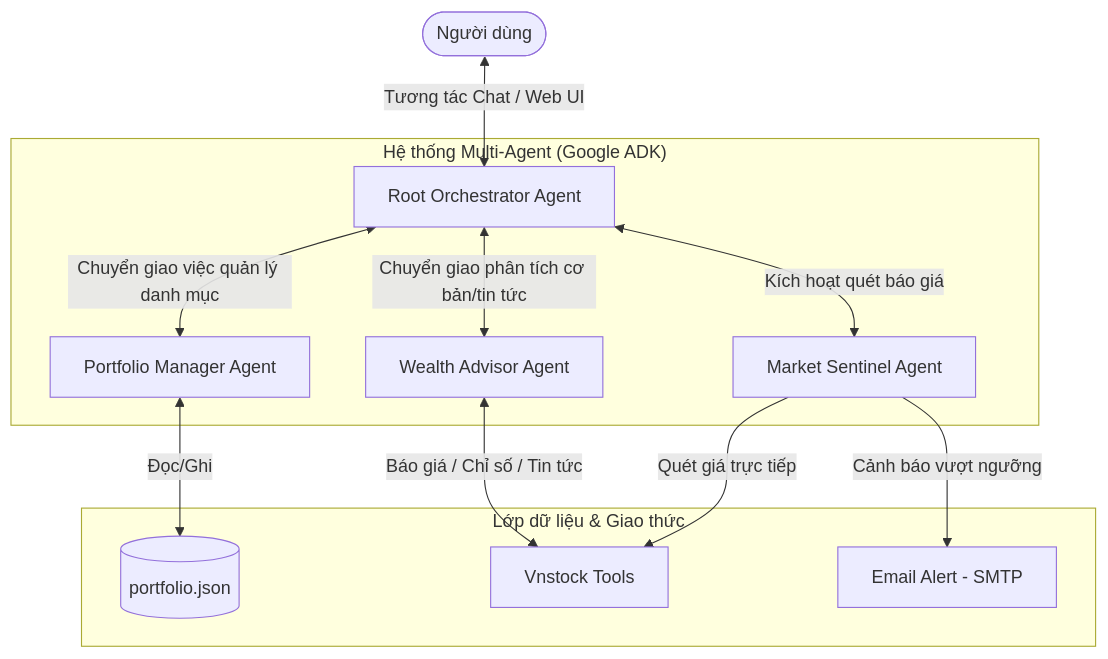
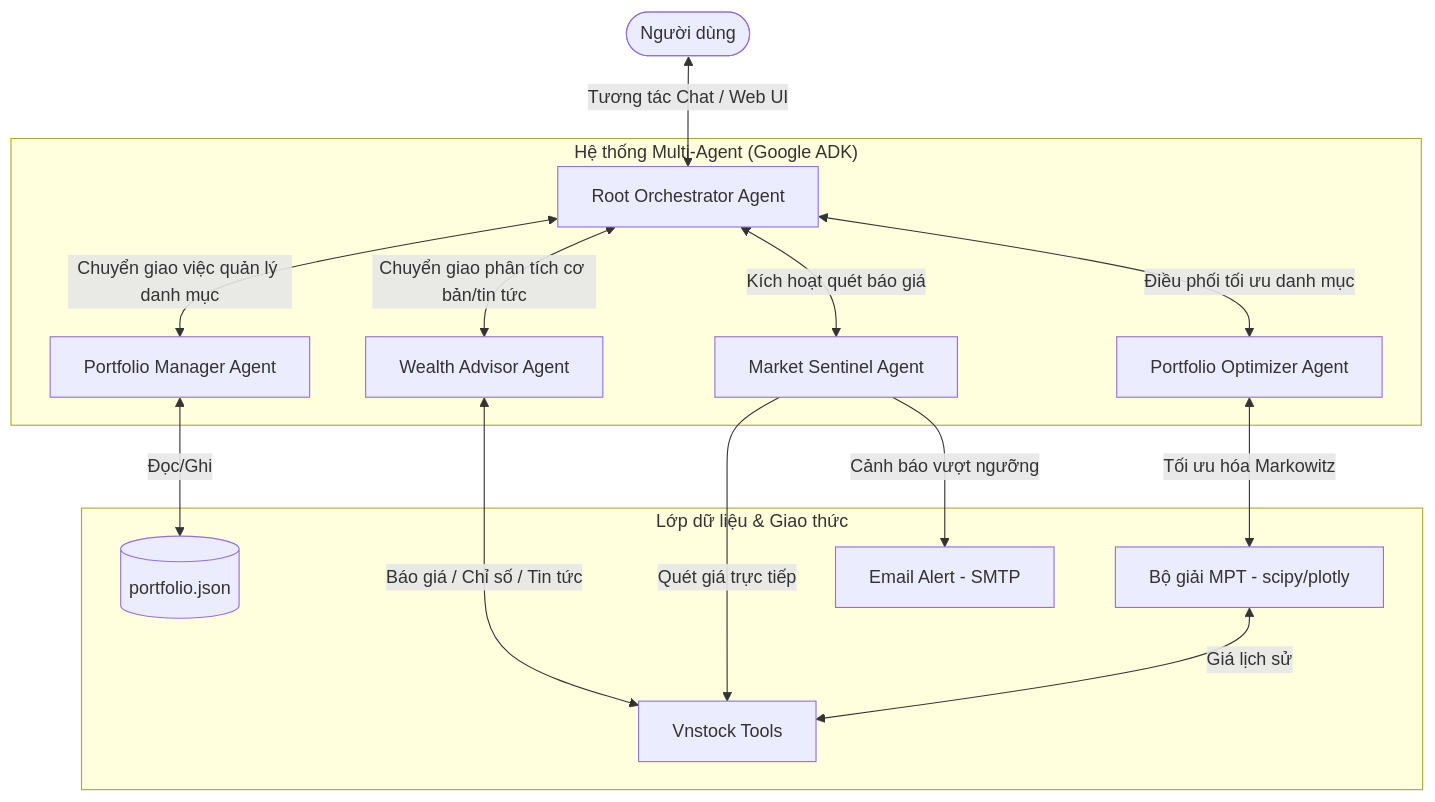
One commit to wane-bs/wealth-concierge-agent changed the second of 2 diagrams in README.md. Above: the diagram before and after it, drawn with Mermaid. The commit also changed other lines of this file and 7 other files, not shown here.

Commit message:
feat: integrate portfolio_optimizer sub-agent, MPT quantitative features, and dynamic bilingual dashboard

````diff
--- a/README.md
+++ b/README.md
@@ -144,17 +151,20 @@
 ```mermaid
 flowchart TD
     User([Người dùng]) <-->|Tương tác Chat / Web UI| Root[Root Orchestrator Agent]
     
     subgraph "Hệ thống Multi-Agent (Google ADK)"
         Root <-->|Chuyển giao việc quản lý danh mục| PM[Portfolio Manager Agent]
         Root <-->|Chuyển giao phân tích cơ bản/tin tức| WA[Wealth Advisor Agent]
         Root <-->|Kích hoạt quét báo giá| MS[Market Sentinel Agent]
+        Root <-->|Điều phối tối ưu danh mục| PO[Portfolio Optimizer Agent]
     end
 
     subgraph "Lớp dữ liệu & Giao thức"
         PM <-->|Đọc/Ghi| JSON[(portfolio.json)]
         WA <-->|Báo giá / Chỉ số / Tin tức| VS[Vnstock Tools]
         MS -->|Quét giá trực tiếp| VS
         MS -->|Cảnh báo vượt ngưỡng| SMTP[Email Alert - SMTP]
+        PO <-->|Tối ưu hóa Markowitz| OPT[Bộ giải MPT - scipy/plotly]
+        OPT <-->|Giá lịch sử| VS
     end
 ```
````
